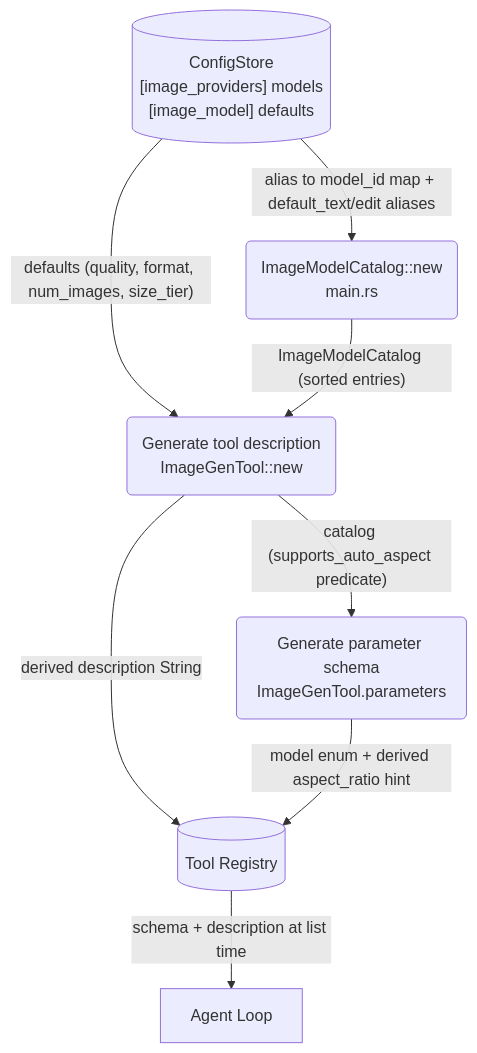
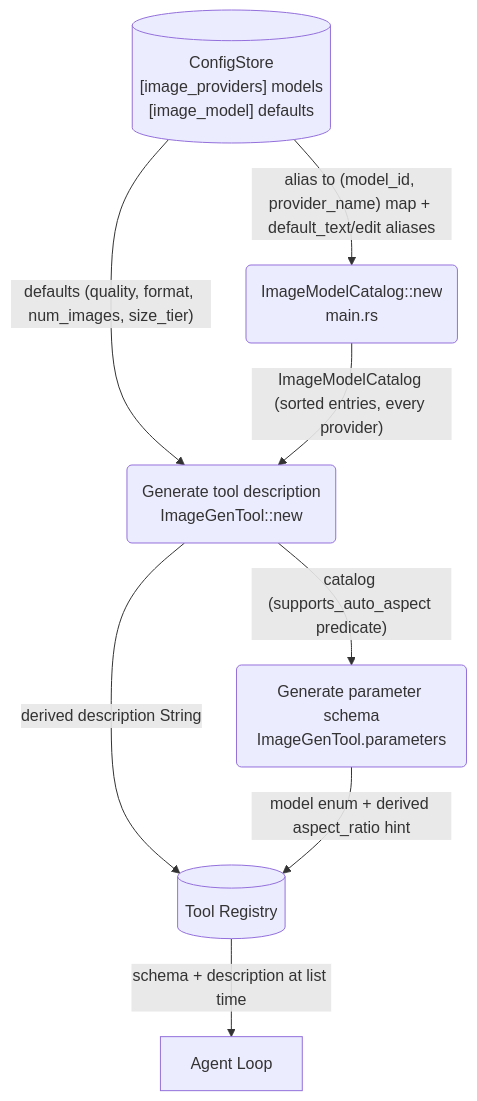
The diagram in _dfd/tools/image-gen/level-2/tool-description.md (cosmoswafer/rockbot), drawn with Mermaid before and after one commit. The commit also changed other lines of this file and 10 other files, not shown here.

````diff
--- a/_dfd/tools/image-gen/level-2/tool-description.md
+++ b/_dfd/tools/image-gen/level-2/tool-description.md
@@ -14,17 +14,17 @@
 ```mermaid
 flowchart TD
     CFG[("ConfigStore<br/>[image_providers] models<br/>[image_model] defaults")]
     BUILD(ImageModelCatalog::new<br/>main.rs)
     GEN_DESC(Generate tool description<br/>ImageGenTool::new)
     GEN_SCHEMA(Generate parameter schema<br/>ImageGenTool.parameters)
     REG[(Tool Registry)]
     LOOP[Agent Loop]
 
-    CFG -->|"alias to model_id map + default_text/edit aliases"| BUILD
+    CFG -->|"alias to (model_id, provider_name) map + default_text/edit aliases"| BUILD
     CFG -->|"defaults (quality, format, num_images, size_tier)"| GEN_DESC
-    BUILD -->|"ImageModelCatalog (sorted entries)"| GEN_DESC
+    BUILD -->|"ImageModelCatalog (sorted entries, every provider)"| GEN_DESC
     GEN_DESC -->|"derived description String"| REG
     GEN_DESC -->|"catalog (supports_auto_aspect predicate)"| GEN_SCHEMA
     GEN_SCHEMA -->|"model enum + derived aspect_ratio hint"| REG
     REG -->|"schema + description at list time"| LOOP
 ```
````
